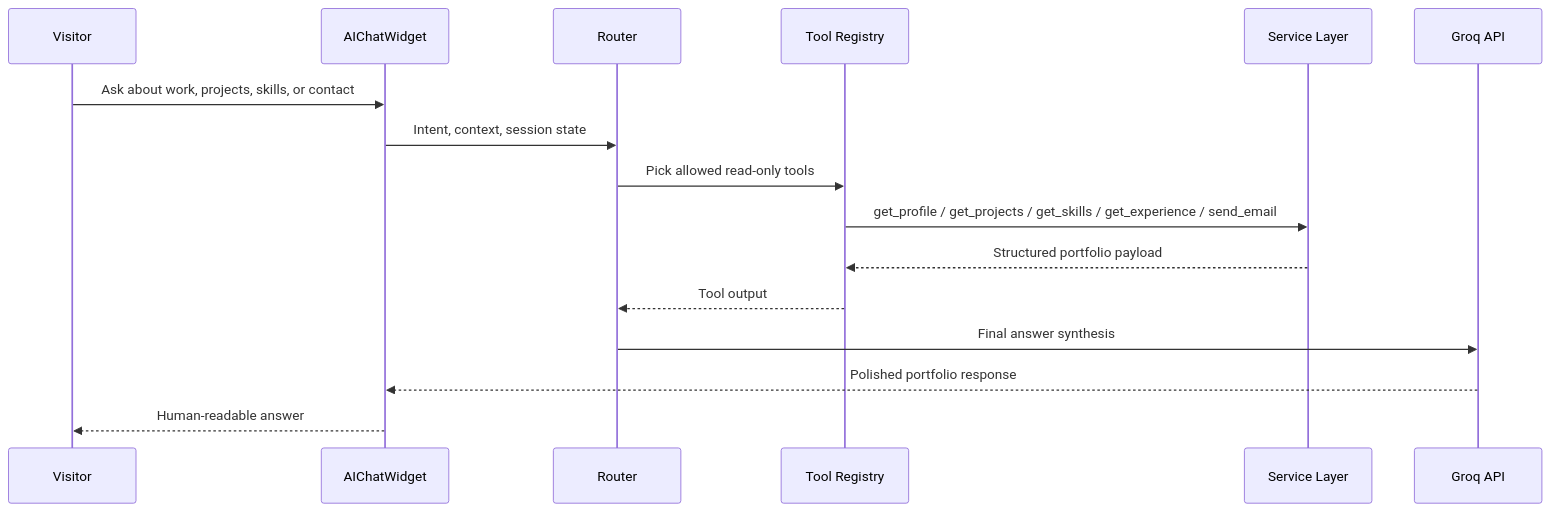
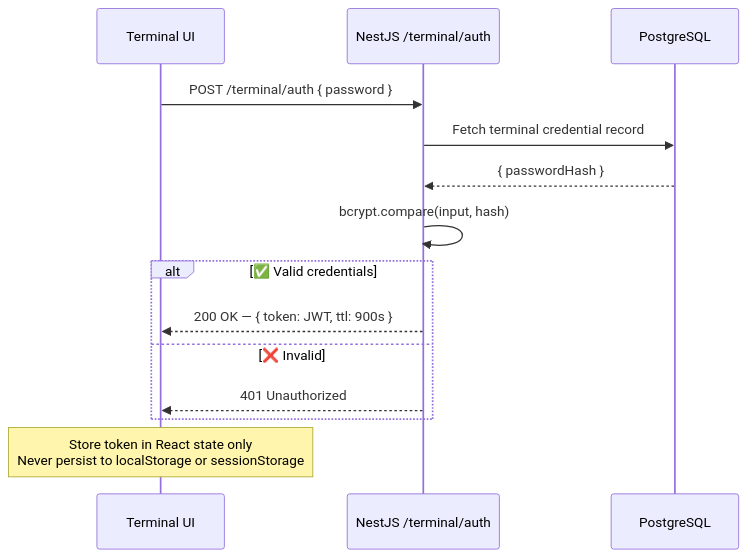
Diagram 20 of 20 in README.md (Haiderali445/portfolio-website), drawn with Mermaid before and after one commit. The commit also changed other lines of this file, not shown here.

Commit message:
docs: restore comprehensive architecture specs & update to design system v2

````diff
--- a/README.md
+++ b/README.md
@@ -130,19 +1314,19 @@
 ```mermaid
 sequenceDiagram
-    participant U as Visitor
-    participant W as AIChatWidget
-    participant R as Router
-    participant T as Tool Registry
-    participant S as Service Layer
-    participant G as Groq API
+    participant T as Terminal UI
+    participant A as NestJS /terminal/auth
+    participant DB as PostgreSQL
 
-    U->>W: Ask about work, projects, skills, or contact
-    W->>R: Intent, context, session state
-    R->>T: Pick allowed read-only tools
-    T->>S: get_profile / get_projects / get_skills / get_experience / send_email
-    S-->>T: Structured portfolio payload
-    T-->>R: Tool output
-    R->>G: Final answer synthesis
-    G-->>W: Polished portfolio response
-    W-->>U: Human-readable answer
+    T->>A: POST /terminal/auth { password }
+    A->>DB: Fetch terminal credential record
+    DB-->>A: { passwordHash }
+    A->>A: bcrypt.compare(input, hash)
+
+    alt ✅ Valid credentials
+        A-->>T: 200 OK — { token: JWT, ttl: 900s }
+    else ❌ Invalid
+        A-->>T: 401 Unauthorized
+    end
+
+    Note over T: Store token in React state only<br/>Never persist to localStorage or sessionStorage
 ```
````
